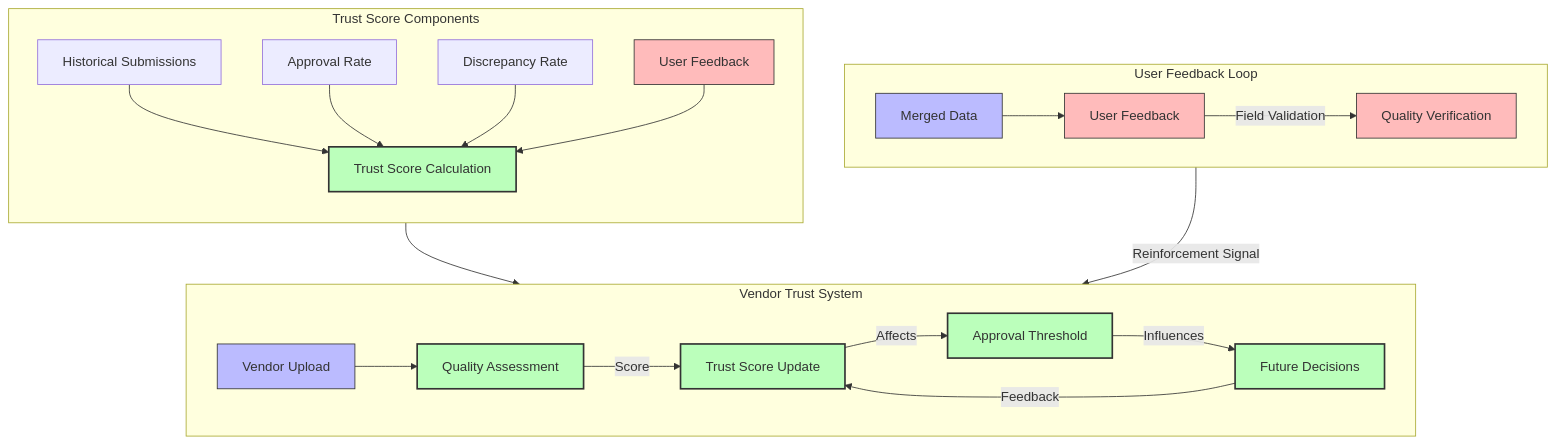
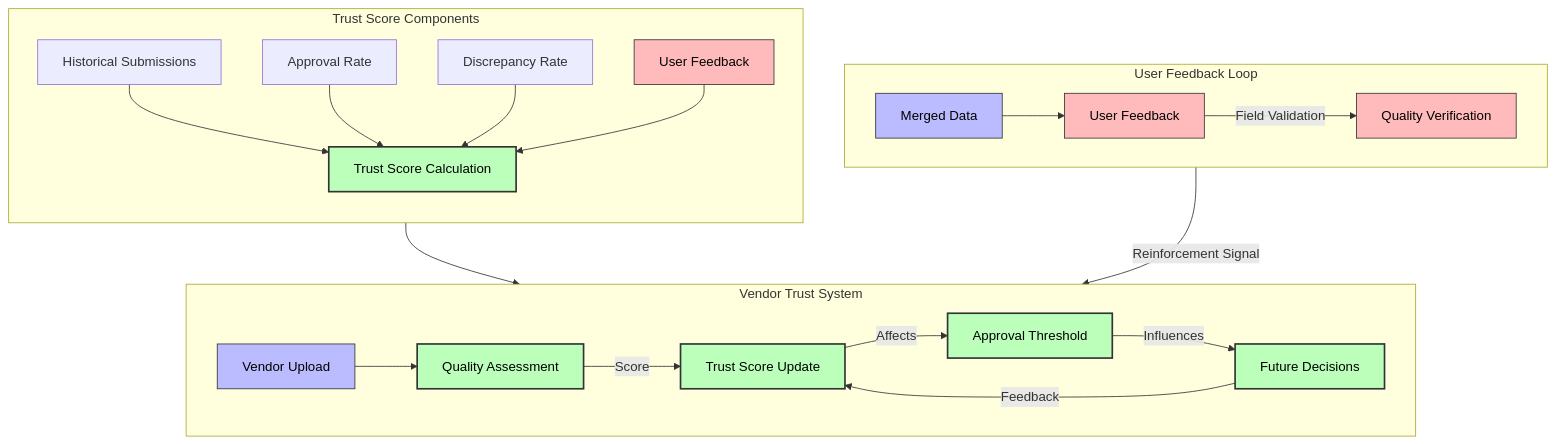
Before and after one commit to r04nx/here-hack: the third of 4 diagrams in README.md, drawn with Mermaid. The commit also changed other lines of this file, not shown here.

````diff
--- a/README.md
+++ b/README.md
@@ -251,35 +251,35 @@
 ```mermaid
 flowchart TD
     subgraph "Vendor Trust System"
         direction LR
         VU[Vendor Upload] --> QA[Quality Assessment]
         QA --> |Score| TS[Trust Score Update]
         TS --> |Affects| AT[Approval Threshold]
         AT --> |Influences| FD[Future Decisions]
         FD --> |Feedback| TS
     end
     
     subgraph "User Feedback Loop"
         direction LR
         MD[Merged Data] --> UF[User Feedback]
         UF --> |Field Validation| QV[Quality Verification]
         QV --> |Reinforcement Signal| TS
     end
     
     subgraph "Trust Score Components"
         direction TB
         HS[Historical Submissions] --> TSC
         AR[Approval Rate] --> TSC
         DR[Discrepancy Rate] --> TSC
         UFB[User Feedback] --> TSC
         TSC[Trust Score Calculation] --> TS
     end
     
-    classDef process fill:#bfb,stroke:#333,stroke-width:2px
-    classDef data fill:#bbf,stroke:#333,stroke-width:1px
-    classDef feedback fill:#fbb,stroke:#333,stroke-width:1px
+    classDef process fill:#bfb,stroke:#333,stroke-width:2px,color:#000
+    classDef data fill:#bbf,stroke:#333,stroke-width:1px,color:#000
+    classDef feedback fill:#fbb,stroke:#333,stroke-width:1px,color:#000
     
     class VU,MD data
     class QA,TS,AT,FD,TSC process
     class UF,QV,UFB feedback
 ```
````
